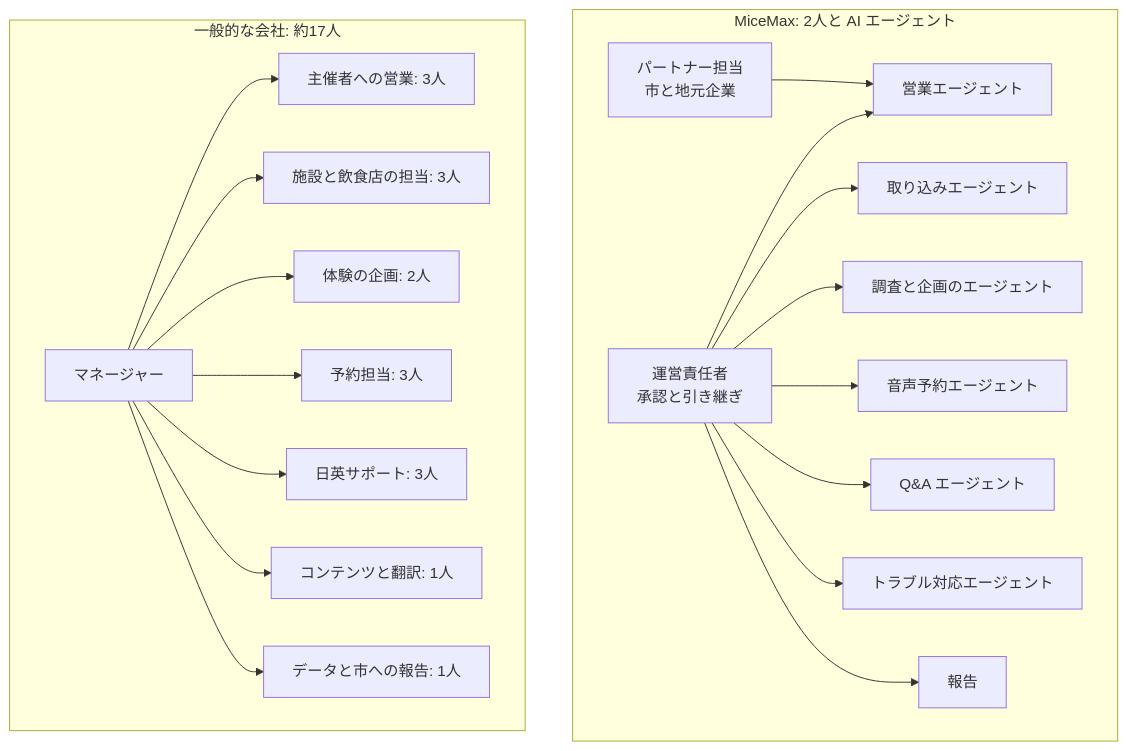
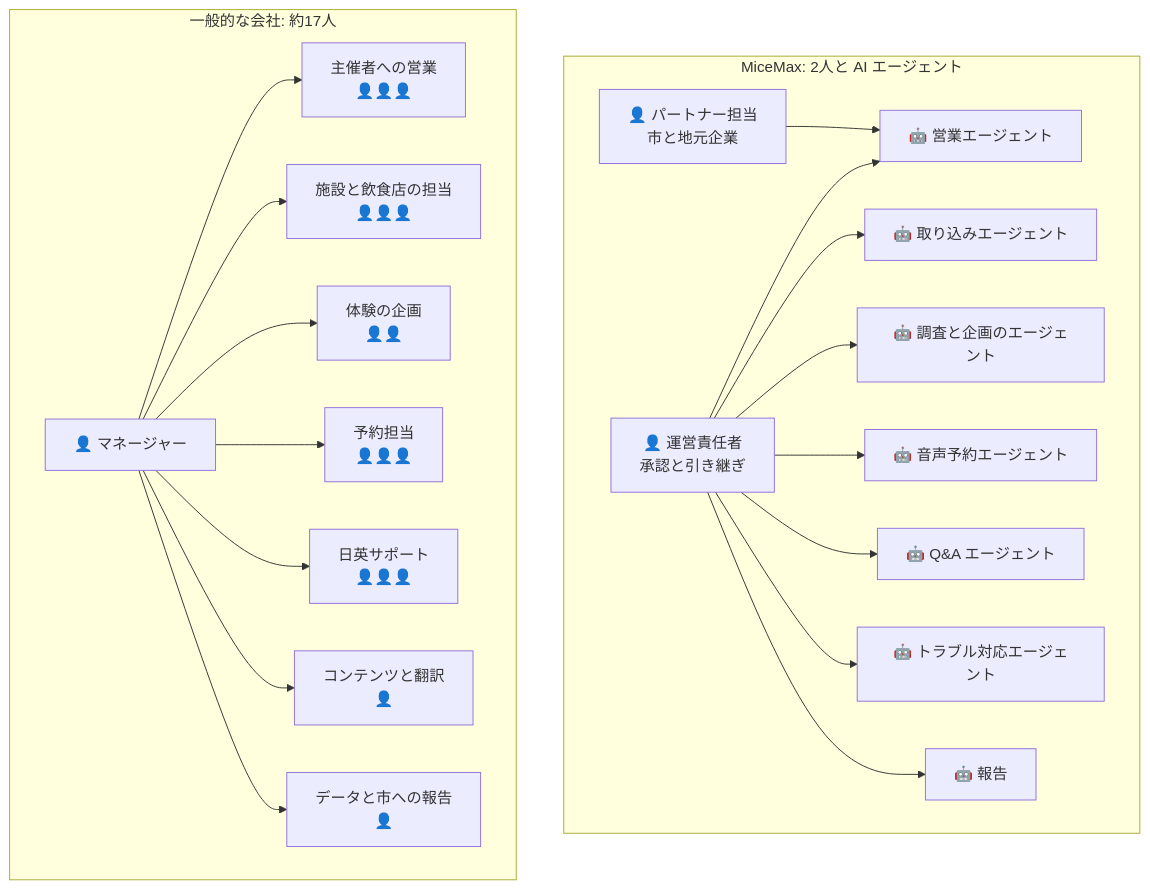
Before and after one commit to primaprashant/mice-max: the second of 2 diagrams in README.ja.md, drawn with Mermaid. The commit also changed other lines of this file and 1 other file, not shown here.

Commit message:
README: show org chart headcount as people emoji, keep only the extra-nights chart

````diff
--- a/README.ja.md
+++ b/README.ja.md
@@ -124,27 +118,27 @@
 ```mermaid
 flowchart TB
     subgraph AI["MiceMax: 2人と AI エージェント"]
         direction LR
-        H1[運営責任者<br/>承認と引き継ぎ]
-        H2[パートナー担当<br/>市と地元企業]
-        H1 --> A1[営業エージェント]
-        H1 --> A2[取り込みエージェント]
-        H1 --> A3[調査と企画のエージェント]
-        H1 --> A4[音声予約エージェント]
-        H1 --> A5[Q&A エージェント]
-        H1 --> A6[トラブル対応エージェント]
-        H1 --> A7[報告]
+        H1[👤 運営責任者<br/>承認と引き継ぎ]
+        H2[👤 パートナー担当<br/>市と地元企業]
+        H1 --> A1[🤖 営業エージェント]
+        H1 --> A2[🤖 取り込みエージェント]
+        H1 --> A3[🤖 調査と企画のエージェント]
+        H1 --> A4[🤖 音声予約エージェント]
+        H1 --> A5[🤖 Q&A エージェント]
+        H1 --> A6[🤖 トラブル対応エージェント]
+        H1 --> A7[🤖 報告]
         H2 --> A1
     end
     subgraph Typical["一般的な会社: 約17人"]
         direction LR
-        M[マネージャー]
-        M --> S[主催者への営業: 3人]
-        M --> P[施設と飲食店の担当: 3人]
-        M --> C[体験の企画: 2人]
-        M --> B[予約担当: 3人]
-        M --> Q[日英サポート: 3人]
-        M --> W[コンテンツと翻訳: 1人]
-        M --> R[データと市への報告: 1人]
+        M[👤 マネージャー]
+        M --> S[主催者への営業<br/>👤👤👤]
+        M --> P[施設と飲食店の担当<br/>👤👤👤]
+        M --> C[体験の企画<br/>👤👤]
+        M --> B[予約担当<br/>👤👤👤]
+        M --> Q[日英サポート<br/>👤👤👤]
+        M --> W[コンテンツと翻訳<br/>👤]
+        M --> R[データと市への報告<br/>👤]
     end
 ```
````
